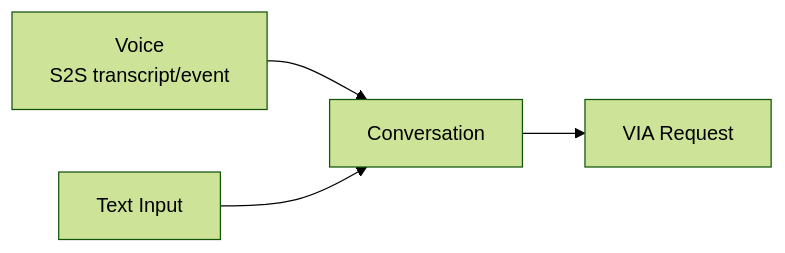
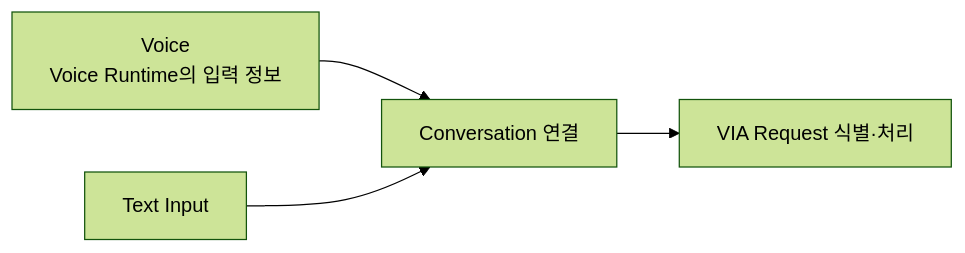
One commit to cbyche/via-sw-architecture changed the third of 5 diagrams in docs/rebaseline/04-canonical-interaction-flow.md. Above: the diagram before and after it, drawn with Mermaid (forest theme). The commit also changed other lines of this file, not shown here.

````diff
--- a/docs/rebaseline/04-canonical-interaction-flow.md
+++ b/docs/rebaseline/04-canonical-interaction-flow.md
@@ -161,6 +154,6 @@
 ```mermaid
 flowchart LR
-    V["Voice<br/>S2S transcript/event"] --> C["Conversation"]
+    V["Voice<br/>Voice Runtime의 입력 정보"] --> C["Conversation 연결"]
     T["Text Input"] --> C
-    C --> R["VIA Request"]
+    C --> R["VIA Request 식별·처리"]
 ```
````
